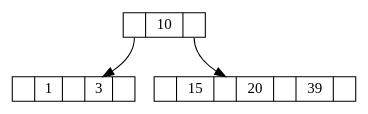
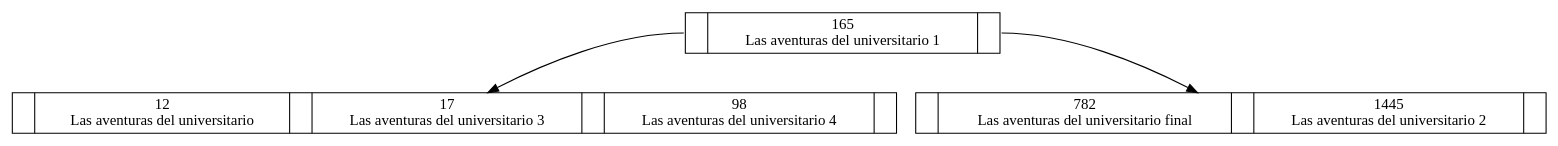
One commit to carlostex98/Block-Lib changed the diagram in arbol_b.dot. Above: the diagram before and after it, drawn with Graphviz. The commit also changed 13 other files, not shown here.

```diff
--- a/arbol_b.dot
+++ b/arbol_b.dot
@@ -1,10 +1,10 @@
 digraph sls{
 node [shape = record,height=.1];
-node10[label="<f0>|10|<f1>"];
-node13[label="<f0>|1|<f1>|3|<f2>"];
-node152039[label="<f0>|15|<f1>|20|<f2>|39|<f3>"];
+node165[label="<f0>|165\nLas aventuras del universitario 1|<f1>"];
+node121798[label="<f0>|12\nLas aventuras del universitario|<f1>|17\nLas aventuras del universitario 3|<f2>|98\nLas aventuras del universitario 4|<f3>"];
+node7821445[label="<f0>|782\nLas aventuras del universitario final|<f1>|1445\nLas aventuras del universitario 2|<f2>"];
 
-node10:f0->node13;
-node10:f1->node152039;
+node165:f0->node121798;
+node165:f1->node7821445;
 
 }
```
